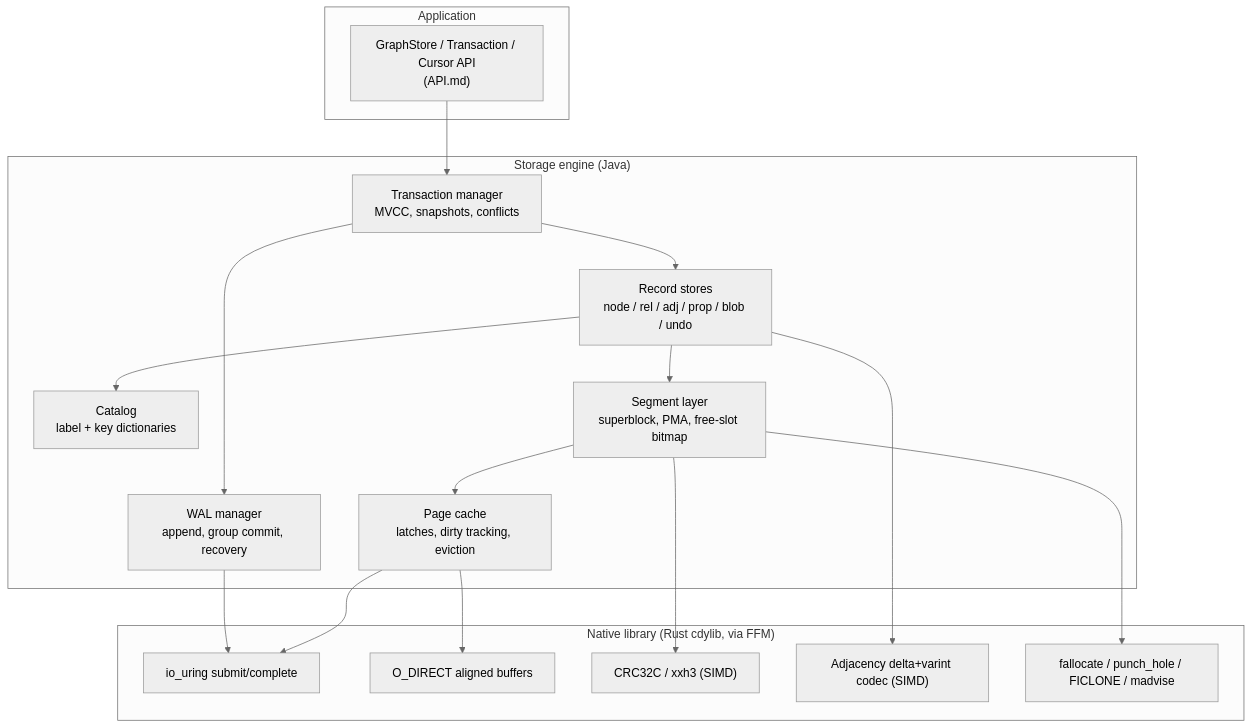
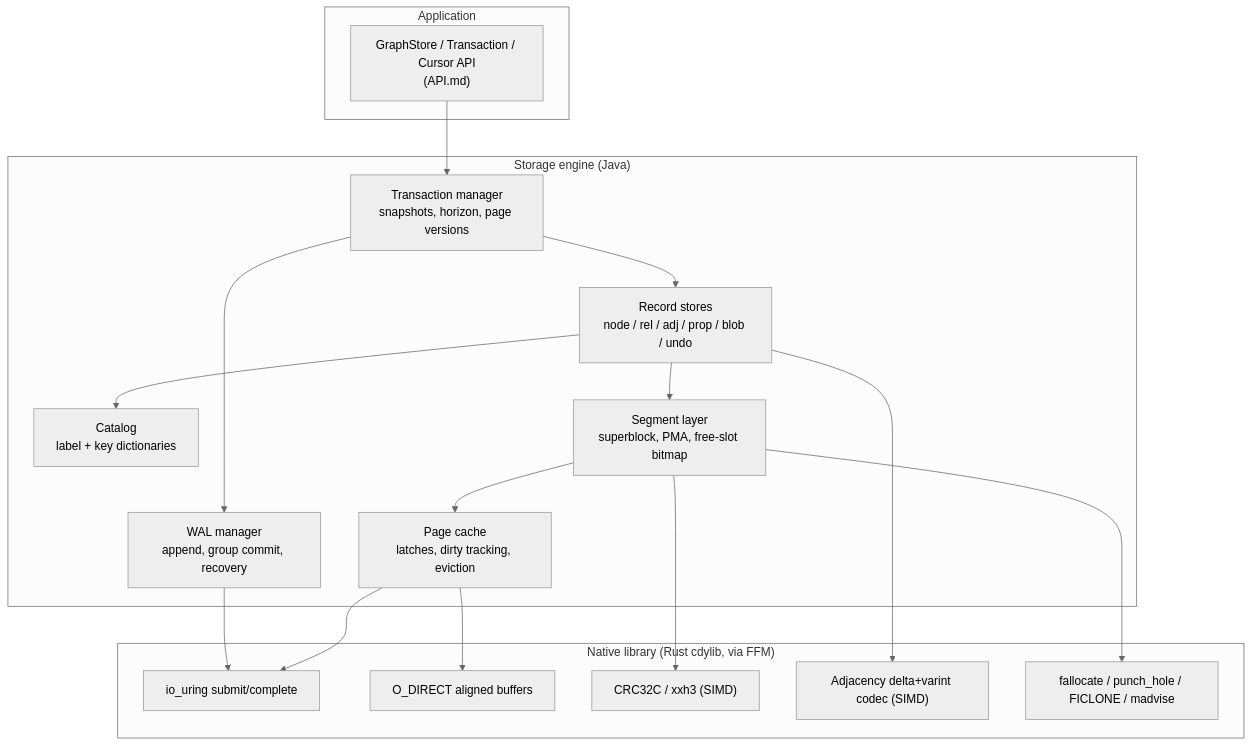
Before and after one commit to metaloom/metaloom-graph: the diagram in spec/GRAPH_STORAGE_CONTEXT.md, drawn with Mermaid (neutral theme). The commit also changed other lines of this file and 106 other files, not shown here.

Commit message:
Add graph storage handling

````diff
--- a/spec/GRAPH_STORAGE_CONTEXT.md
+++ b/spec/GRAPH_STORAGE_CONTEXT.md
@@ -135,36 +145,36 @@
 ```mermaid
 graph TB
     subgraph app["Application"]
         API["GraphStore / Transaction / Cursor API<br/>(API.md)"]
     end
 
     subgraph engine["Storage engine (Java)"]
-        TXN["Transaction manager<br/>MVCC, snapshots, conflicts"]
+        TXN["Transaction manager<br/>snapshots, horizon, page versions"]
         LOG["WAL manager<br/>append, group commit, recovery"]
         CAT["Catalog<br/>label + key dictionaries"]
         STORES["Record stores<br/>node / rel / adj / prop / blob / undo"]
         SEG["Segment layer<br/>superblock, PMA, free-slot bitmap"]
         BUF["Page cache<br/>latches, dirty tracking, eviction"]
     end
 
     subgraph native["Native library (Rust cdylib, via FFM)"]
         IO["io_uring submit/complete"]
         DIO["O_DIRECT aligned buffers"]
         CKS["CRC32C / xxh3 (SIMD)"]
         CODEC["Adjacency delta+varint codec (SIMD)"]
         FS["fallocate / punch_hole / FICLONE / madvise"]
     end
 
     API --> TXN
     TXN --> STORES
     TXN --> LOG
     STORES --> CAT
     STORES --> SEG
     SEG --> BUF
     LOG --> IO
     BUF --> IO
     BUF --> DIO
     SEG --> CKS
     STORES --> CODEC
     SEG --> FS
 ```
````
